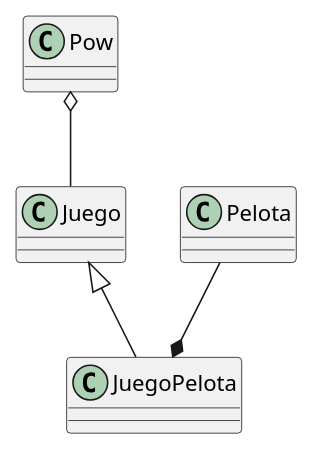
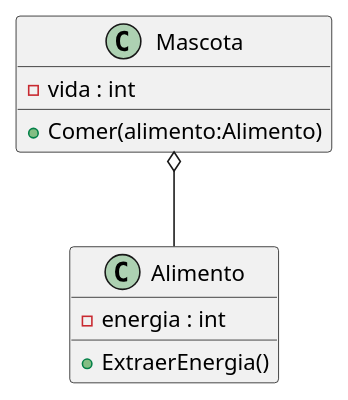
One commit to navarroceti/Hola-Mundo changed the diagram in docs/pow.puml. Above: the diagram before and after it, drawn with PlantUML. The commit also changed 3 other files, not shown here.

```diff
--- a/docs/pow.puml
+++ b/docs/pow.puml
@@ -1,12 +1,14 @@
 @startuml pow
 
-class Pow
-class Juego
-class JuegoPelota
-class Pelota
+class Mascota{
+    - vida : int
+    + Comer(alimento:Alimento)
+}
+class Alimento{
+    - energia : int
+    + ExtraerEnergia()
+}
 
-Pow o-- Juego
-Juego <|-- JuegoPelota
-Pelota --* JuegoPelota
+Mascota o-- Alimento
 
 @enduml
```
